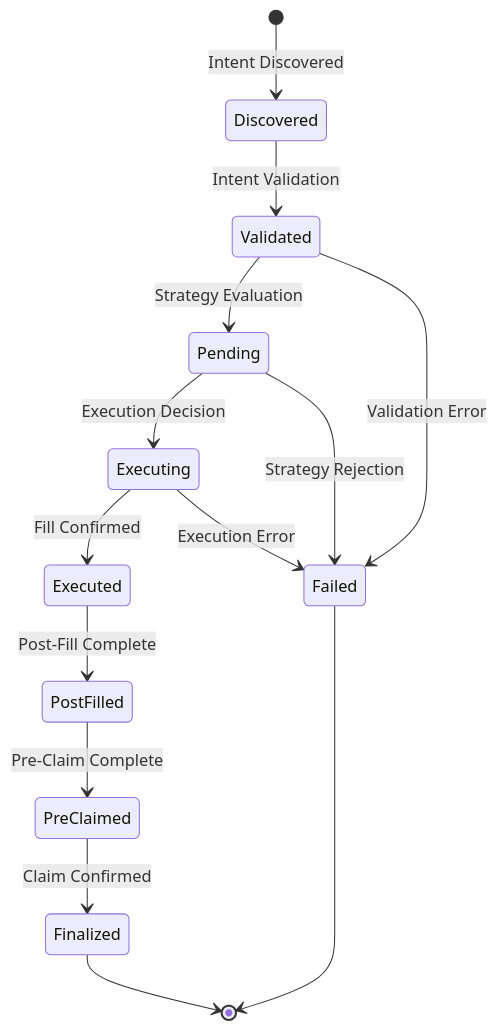
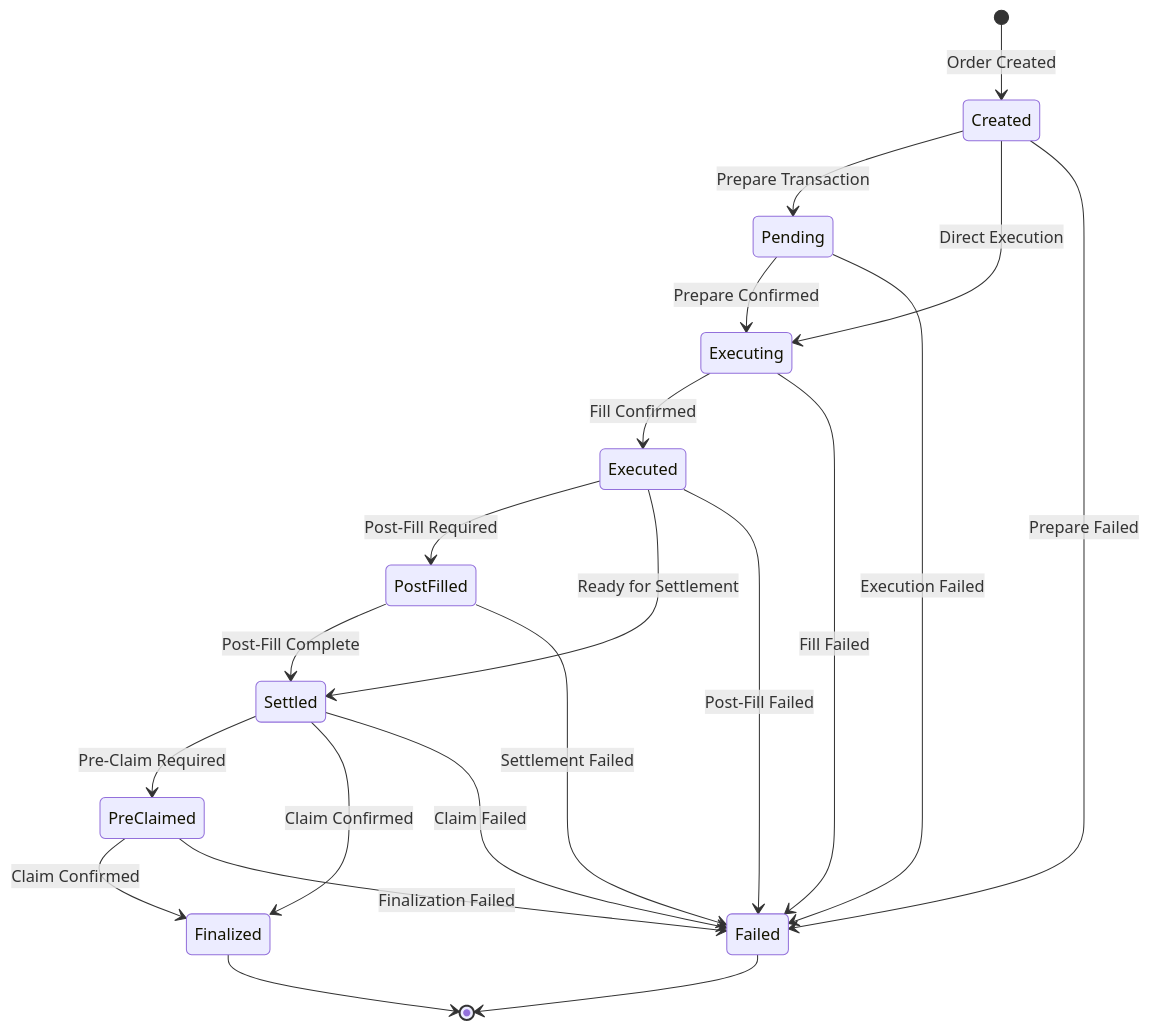
One commit to openintentsframework/oif-docs changed the fourth of 4 diagrams in content/docs/solvers/architecture.mdx. Above: the diagram before and after it, drawn with Mermaid. The commit also changed other lines of this file, not shown here.

````diff
--- a/content/docs/solvers/architecture.mdx
+++ b/content/docs/solvers/architecture.mdx
@@ -398,17 +313,24 @@
 ```mermaid
 stateDiagram-v2
-    [*] --> Discovered: Intent Discovered
-    Discovered --> Validated: Intent Validation
-    Validated --> Pending: Strategy Evaluation
-    Pending --> Executing: Execution Decision
+    [*] --> Created: Order Created
+    Created --> Pending: Prepare Transaction
+    Created --> Executing: Direct Execution
+    Pending --> Executing: Prepare Confirmed
     Executing --> Executed: Fill Confirmed
-    Executed --> PostFilled: Post-Fill Complete
-    PostFilled --> PreClaimed: Pre-Claim Complete
+    Executed --> PostFilled: Post-Fill Required
+    Executed --> Settled: Ready for Settlement
+    PostFilled --> Settled: Post-Fill Complete
+    Settled --> PreClaimed: Pre-Claim Required
+    Settled --> Finalized: Claim Confirmed
     PreClaimed --> Finalized: Claim Confirmed
     Finalized --> [*]
 
-    Validated --> Failed: Validation Error
-    Pending --> Failed: Strategy Rejection
-    Executing --> Failed: Execution Error
+    Created --> Failed: Prepare Failed
+    Pending --> Failed: Execution Failed
+    Executing --> Failed: Fill Failed
+    Executed --> Failed: Post-Fill Failed
+    PostFilled --> Failed: Settlement Failed
+    Settled --> Failed: Claim Failed
+    PreClaimed --> Failed: Finalization Failed
     Failed --> [*]
 ```
````
